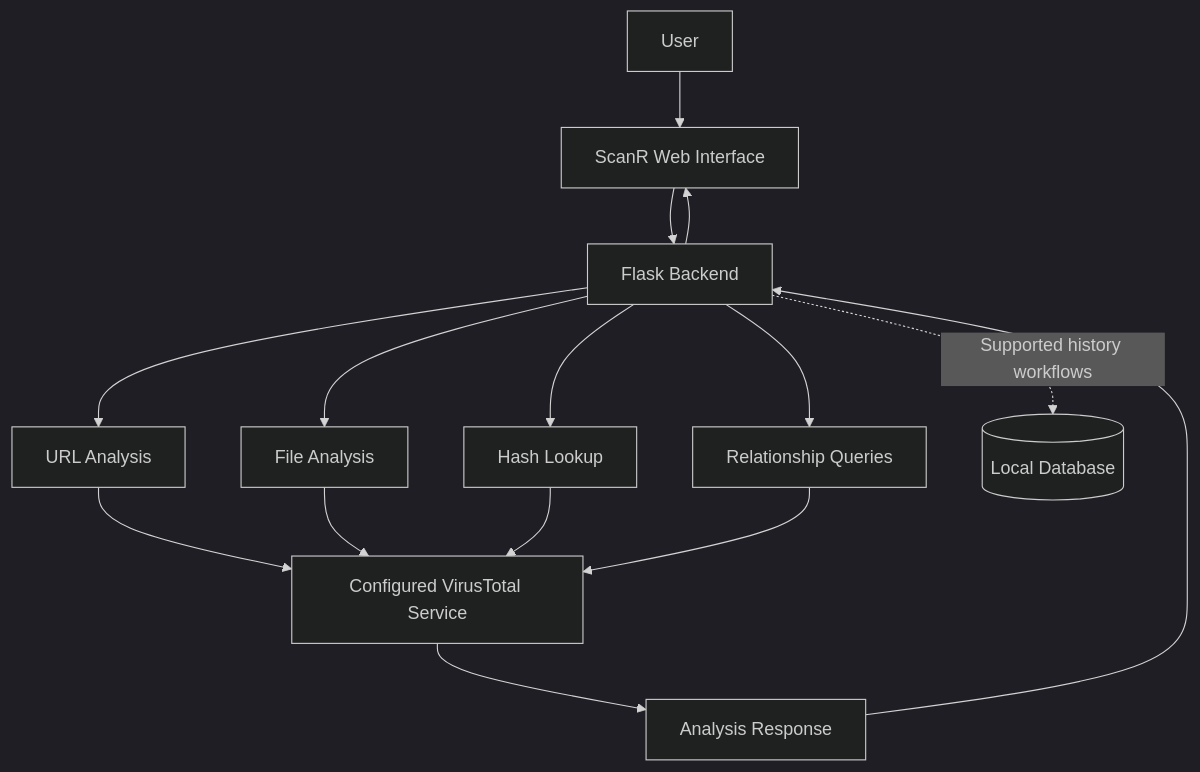
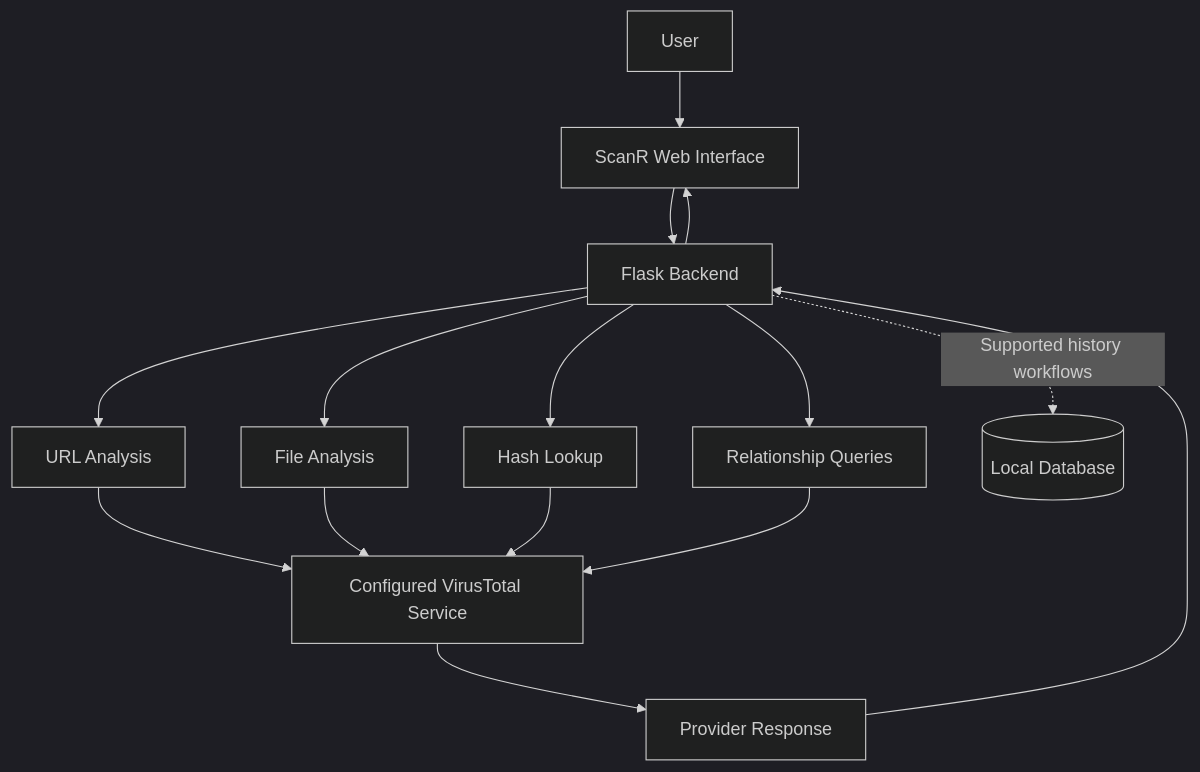
One commit to GhostMaskR/ScanR changed the diagram in README.md. Above: the diagram before and after it, drawn with Mermaid (dark theme). The commit also changed other lines of this file, not shown here.

````diff
--- a/README.md
+++ b/README.md
@@ -144,21 +259,17 @@
 ```mermaid
 flowchart TD
     USER[User] --> UI[ScanR Web Interface]
     UI --> APP[Flask Backend]
-
     APP --> URL[URL Analysis]
     APP --> FILE[File Analysis]
     APP --> HASH[Hash Lookup]
     APP --> REL[Relationship Queries]
-
     URL --> SERVICE[Configured VirusTotal Service]
     FILE --> SERVICE
     HASH --> SERVICE
     REL --> SERVICE
-
-    SERVICE --> RESULT[Analysis Response]
+    SERVICE --> RESULT[Provider Response]
     RESULT --> APP
     APP --> UI
-
     APP -. Supported history workflows .-> DB[(Local Database)]
 ```
````
